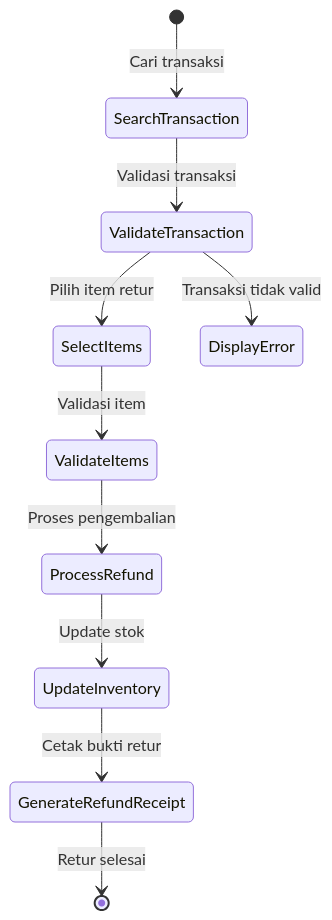
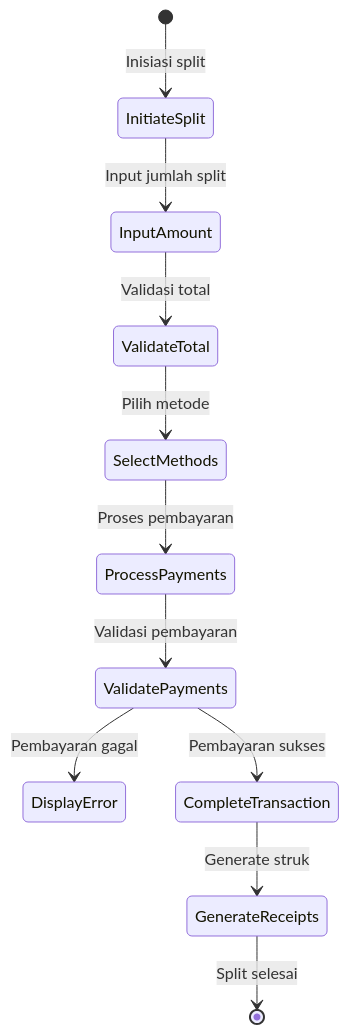
Before and after one commit to mrfansi/DearPOS: the fifth of 15 diagrams in documents/activity-diagrams.md, drawn with Mermaid. The commit also changed other lines of this file and 3 other files, not shown here.

````diff
--- a/documents/activity-diagrams.md
+++ b/documents/activity-diagrams.md
@@ -81,12 +86,13 @@
 ```mermaid
 stateDiagram-v2
-    [*] --> SearchTransaction: Cari transaksi
-    SearchTransaction --> ValidateTransaction: Validasi transaksi
-    ValidateTransaction --> SelectItems: Pilih item retur
-    ValidateTransaction --> DisplayError: Transaksi tidak valid
-    SelectItems --> ValidateItems: Validasi item
-    ValidateItems --> ProcessRefund: Proses pengembalian
-    ProcessRefund --> UpdateInventory: Update stok
-    UpdateInventory --> GenerateRefundReceipt: Cetak bukti retur
-    GenerateRefundReceipt --> [*]: Retur selesai
+    [*] --> InitiateSplit: Inisiasi split
+    InitiateSplit --> InputAmount: Input jumlah split
+    InputAmount --> ValidateTotal: Validasi total
+    ValidateTotal --> SelectMethods: Pilih metode
+    SelectMethods --> ProcessPayments: Proses pembayaran
+    ProcessPayments --> ValidatePayments: Validasi pembayaran
+    ValidatePayments --> DisplayError: Pembayaran gagal
+    ValidatePayments --> CompleteTransaction: Pembayaran sukses
+    CompleteTransaction --> GenerateReceipts: Generate struk
+    GenerateReceipts --> [*]: Split selesai
 ```
````
